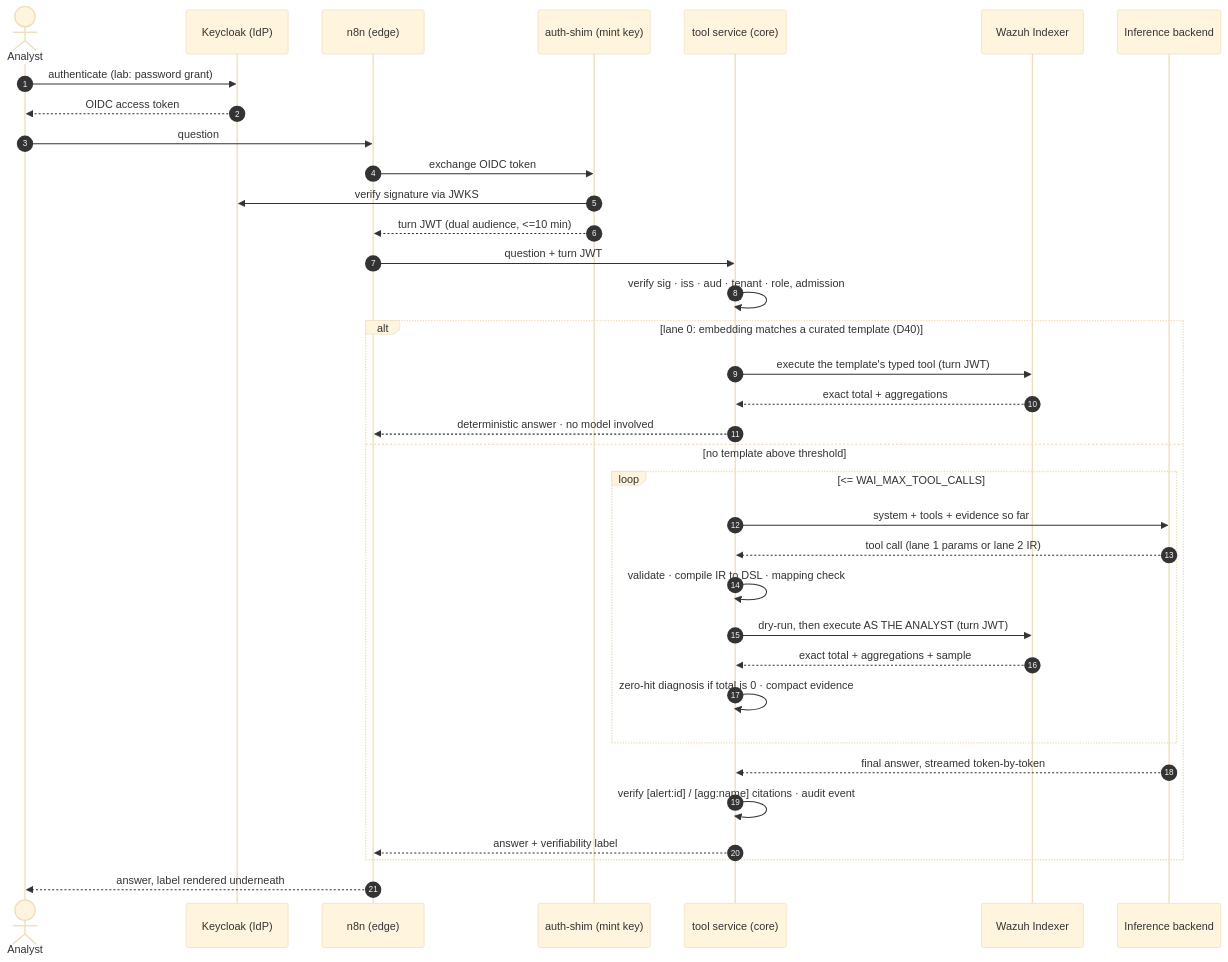
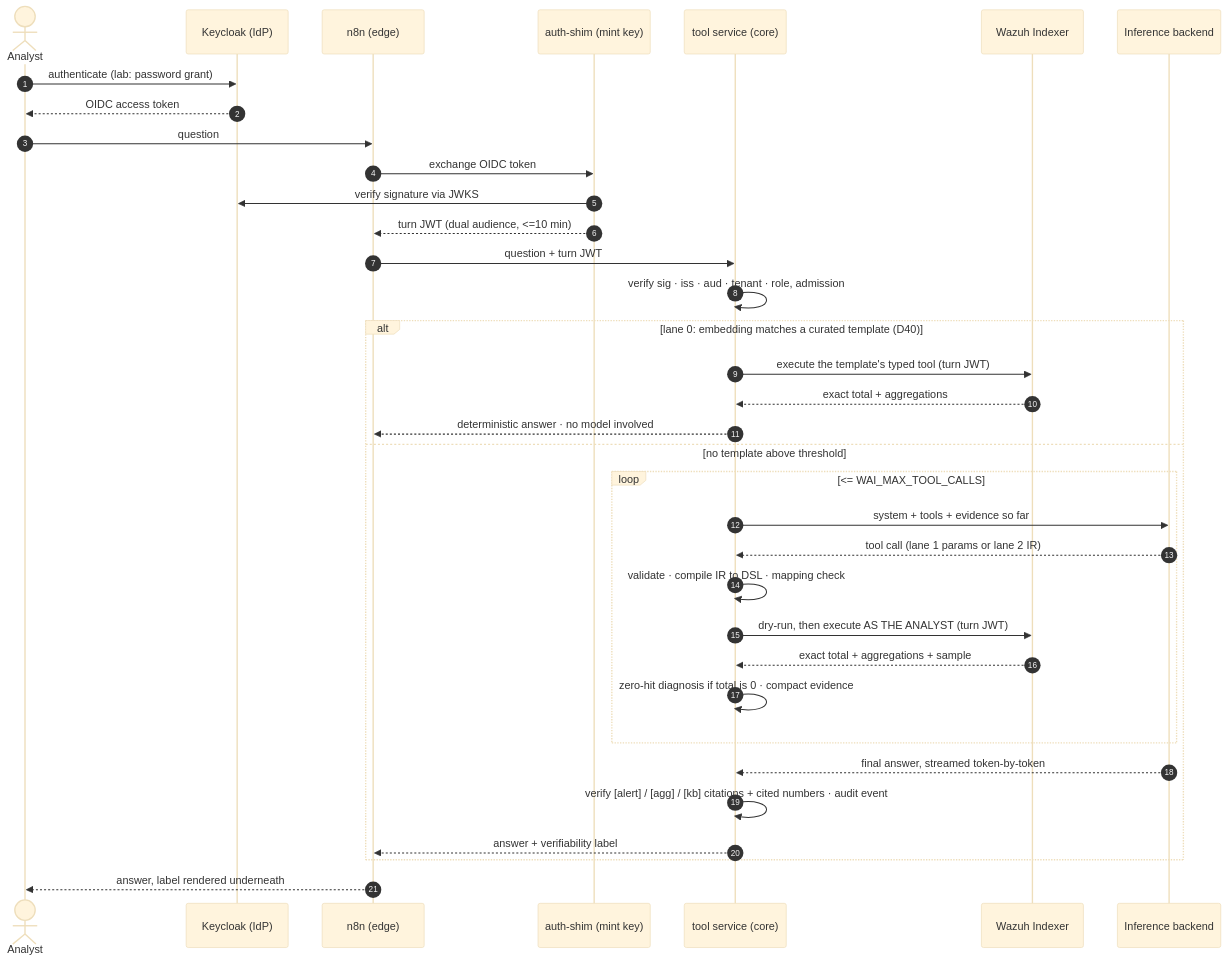
One commit to leonfullxr/Wazuh changed the third of 3 diagrams in integrations/ai-assistant/README.md. Above: the diagram before and after it, drawn with Mermaid (base theme). The commit also changed other lines of this file and 4 other files, not shown here.

````diff
--- a/integrations/ai-assistant/README.md
+++ b/integrations/ai-assistant/README.md
@@ -233,38 +237,38 @@
 ```mermaid
 sequenceDiagram
   autonumber
   actor A as Analyst
   participant KC as Keycloak (IdP)
   participant N as n8n (edge)
   participant SH as auth-shim (mint key)
   participant TS as tool service (core)
   participant IX as Wazuh Indexer
   participant LLM as Inference backend
 
   A->>KC: authenticate (lab: password grant)
   KC-->>A: OIDC access token
   A->>N: question
   N->>SH: exchange OIDC token
   SH->>KC: verify signature via JWKS
   SH-->>N: turn JWT (dual audience, <=10 min)
   N->>TS: question + turn JWT
   TS->>TS: verify sig · iss · aud · tenant · role, admission
   alt lane 0: embedding matches a curated template (D40)
     TS->>IX: execute the template's typed tool (turn JWT)
     IX-->>TS: exact total + aggregations
     TS-->>N: deterministic answer · no model involved
   else no template above threshold
     loop <= WAI_MAX_TOOL_CALLS
       TS->>LLM: system + tools + evidence so far
       LLM-->>TS: tool call (lane 1 params or lane 2 IR)
       TS->>TS: validate · compile IR to DSL · mapping check
       TS->>IX: dry-run, then execute AS THE ANALYST (turn JWT)
       IX-->>TS: exact total + aggregations + sample
       TS->>TS: zero-hit diagnosis if total is 0 · compact evidence
     end
     LLM-->>TS: final answer, streamed token-by-token
-    TS->>TS: verify [alert:id] / [agg:name] citations · audit event
+    TS->>TS: verify [alert] / [agg] / [kb] citations + cited numbers · audit event
     TS-->>N: answer + verifiability label
   end
   N-->>A: answer, label rendered underneath
 ```
````
